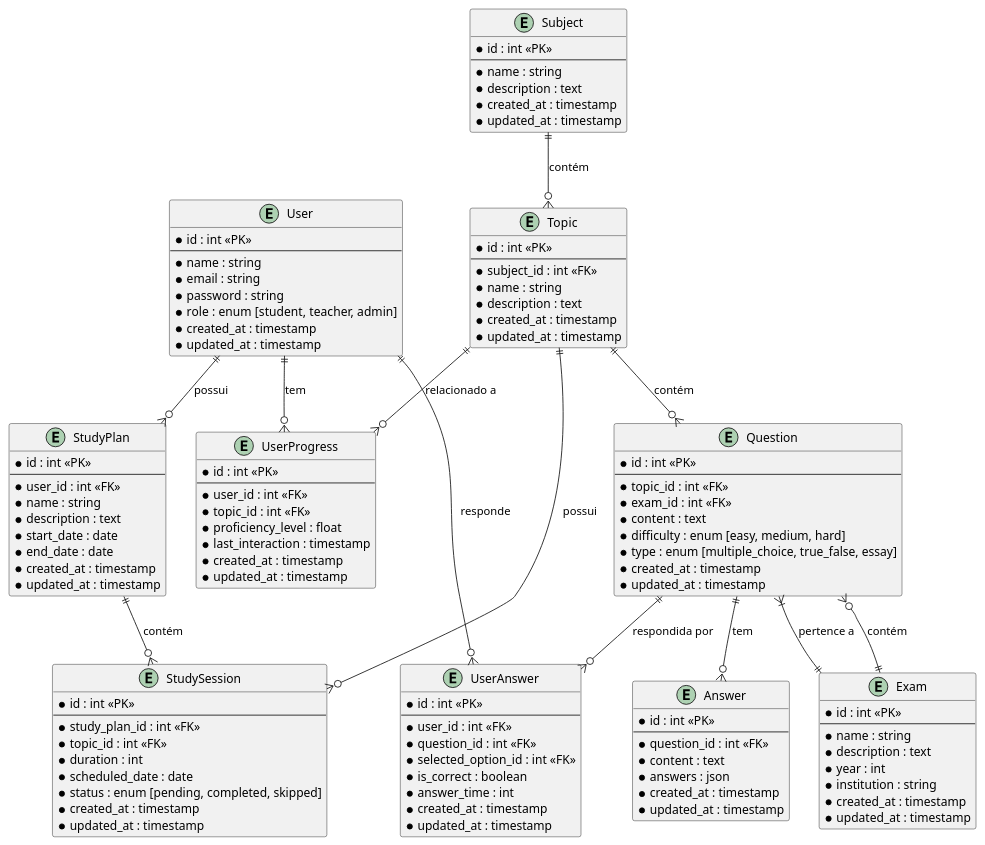
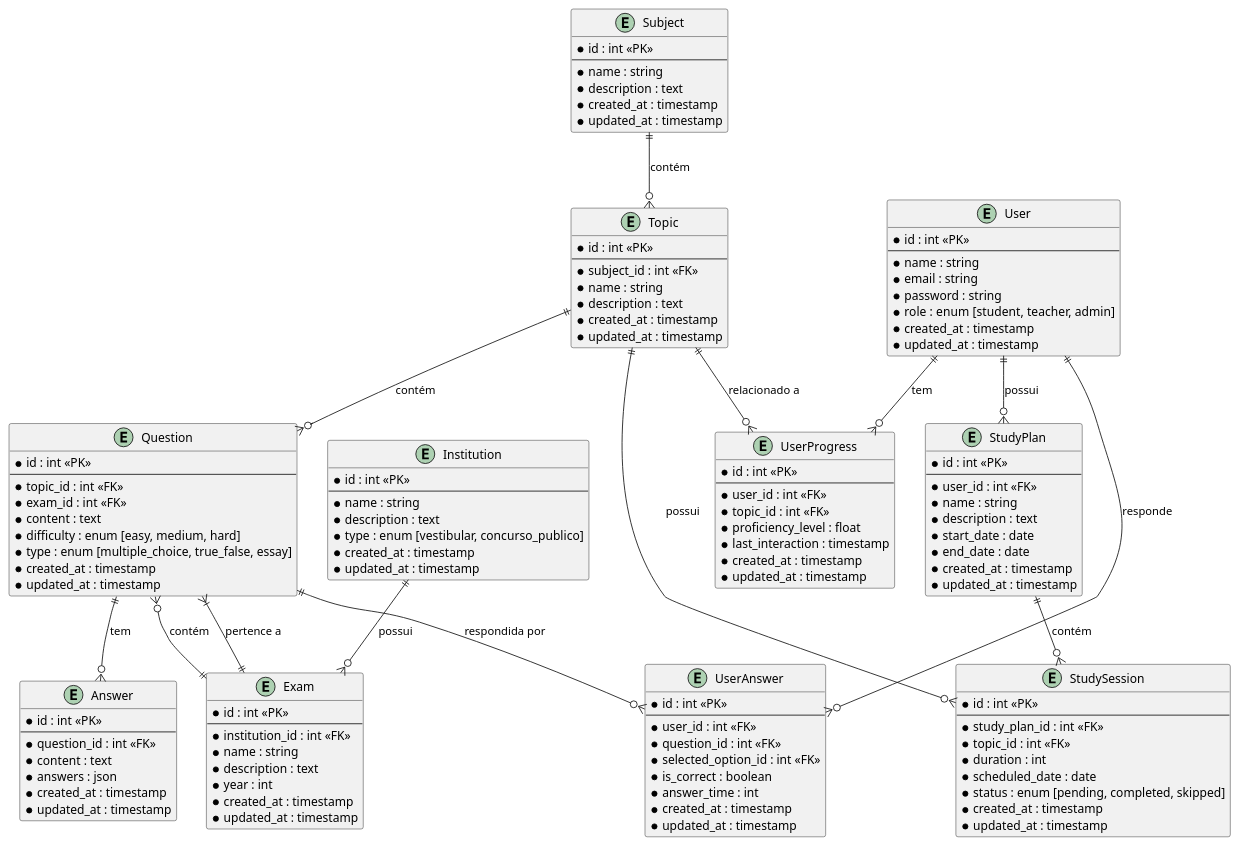
One commit to JoaoLucasMoraisOrtiz/aprendaAI changed the diagram in aprendaAI/database_schema.puml. Above: the diagram before and after it, drawn with PlantUML.

Commit message:
adicionando a parte de gerenciamento por instituição e ano da prova

```diff
--- a/aprendaAI/database_schema.puml
+++ b/aprendaAI/database_schema.puml
@@ -1,135 +1,148 @@
 @startuml Database Schema for AprendaAI
 
 ' Entidades principais
 entity "User" as user {
   * id : int <<PK>>
   --
   * name : string
   * email : string
   * password : string
   * role : enum [student, teacher, admin]
   * created_at : timestamp
   * updated_at : timestamp
 }
 
 entity "Subject" as subject {
   * id : int <<PK>>
   --
   * name : string
   * description : text
   * created_at : timestamp
   * updated_at : timestamp
 }
 
 entity "Topic" as topic {
   * id : int <<PK>>
   --
   * subject_id : int <<FK>>
   * name : string
   * description : text
   * created_at : timestamp
   * updated_at : timestamp
 }
 
 entity "Question" as question {
   * id : int <<PK>>
   --
   * topic_id : int <<FK>>
   * exam_id : int <<FK>>
   * content : text
   * difficulty : enum [easy, medium, hard]
   * type : enum [multiple_choice, true_false, essay]
   * created_at : timestamp
   * updated_at : timestamp
 }
 
 entity "Answer" as option {
   * id : int <<PK>>
   --
   * question_id : int <<FK>>
   * content : text
   * answers : json
   * created_at : timestamp
   * updated_at : timestamp
 }
 
-entity "Exam" as exam {
+
+entity "Institution" as institution {
   * id : int <<PK>>
   --
   * name : string
   * description : text
+  * type : enum [vestibular, concurso_publico]
+  * created_at : timestamp
+  * updated_at : timestamp
+}
+
+entity "Exam" as exam {
+  * id : int <<PK>>
+  --
+  * institution_id : int <<FK>>
+  * name : string
+  * description : text
   * year : int
-  * institution : string
   * created_at : timestamp
   * updated_at : timestamp
 }
 
 entity "UserProgress" as progress {
   * id : int <<PK>>
   --
   * user_id : int <<FK>>
   * topic_id : int <<FK>>
   * proficiency_level : float
   * last_interaction : timestamp
   * created_at : timestamp
   * updated_at : timestamp
 }
 
 entity "UserAnswer" as answer {
   * id : int <<PK>>
   --
   * user_id : int <<FK>>
   * question_id : int <<FK>>
   * selected_option_id : int <<FK>>
   * is_correct : boolean
   * answer_time : int
   * created_at : timestamp
   * updated_at : timestamp
 }
 
 entity "StudyPlan" as plan {
   * id : int <<PK>>
   --
   * user_id : int <<FK>>
   * name : string
   * description : text
   * start_date : date
   * end_date : date
   * created_at : timestamp
   * updated_at : timestamp
 }
 
 entity "StudySession" as session {
   * id : int <<PK>>
   --
   * study_plan_id : int <<FK>>
   * topic_id : int <<FK>>
   * duration : int
   * scheduled_date : date
   * status : enum [pending, completed, skipped]
   * created_at : timestamp
   * updated_at : timestamp
 }
 
 ' Removido modelo ExamQuestion, pois cada questão pertence a um único exame
 
+
 ' Relacionamentos
 user ||--o{ progress : "tem"
 user ||--o{ answer : "responde"
 user ||--o{ plan : "possui"
 
 subject ||--o{ topic : "contém"
 
 topic ||--o{ question : "contém"
 topic ||--o{ session : "possui"
 topic ||--o{ progress : "relacionado a"
 
 question ||--o{ option : "tem"
 question ||--o{ answer : "respondida por"
 question }|--|| exam : "pertence a"
 
 plan ||--o{ session : "contém"
 
+institution ||--o{ exam : "possui"
 exam ||--o{ question : "contém"
 
 @enduml
```
